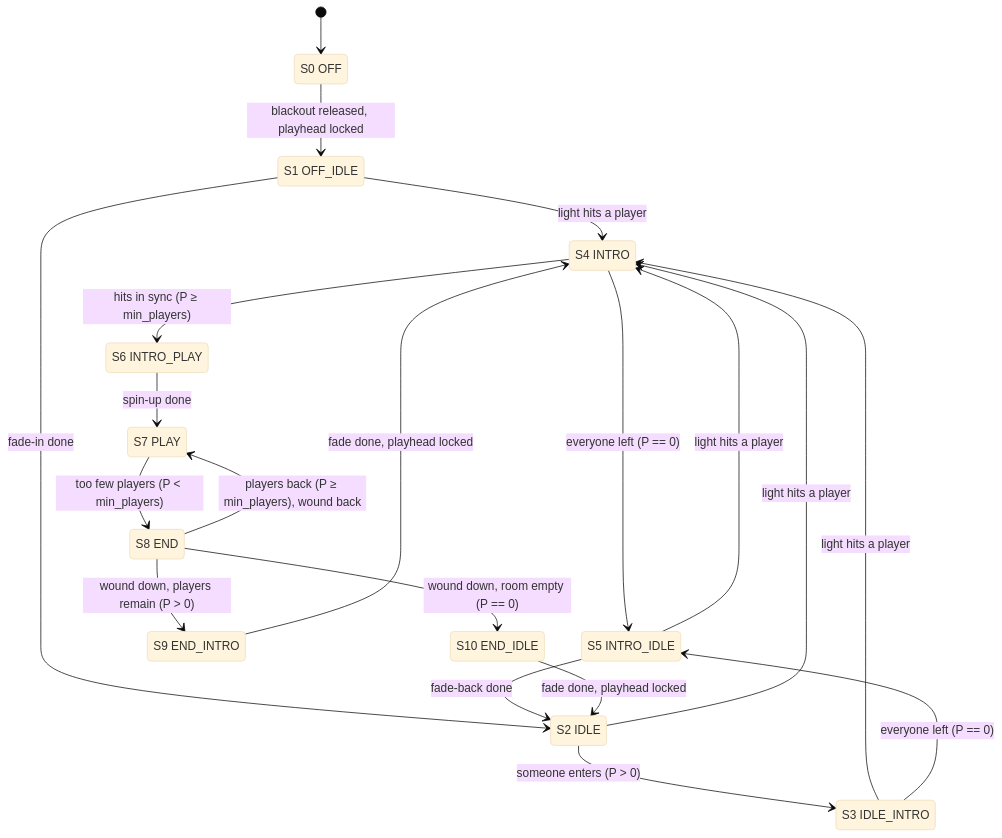
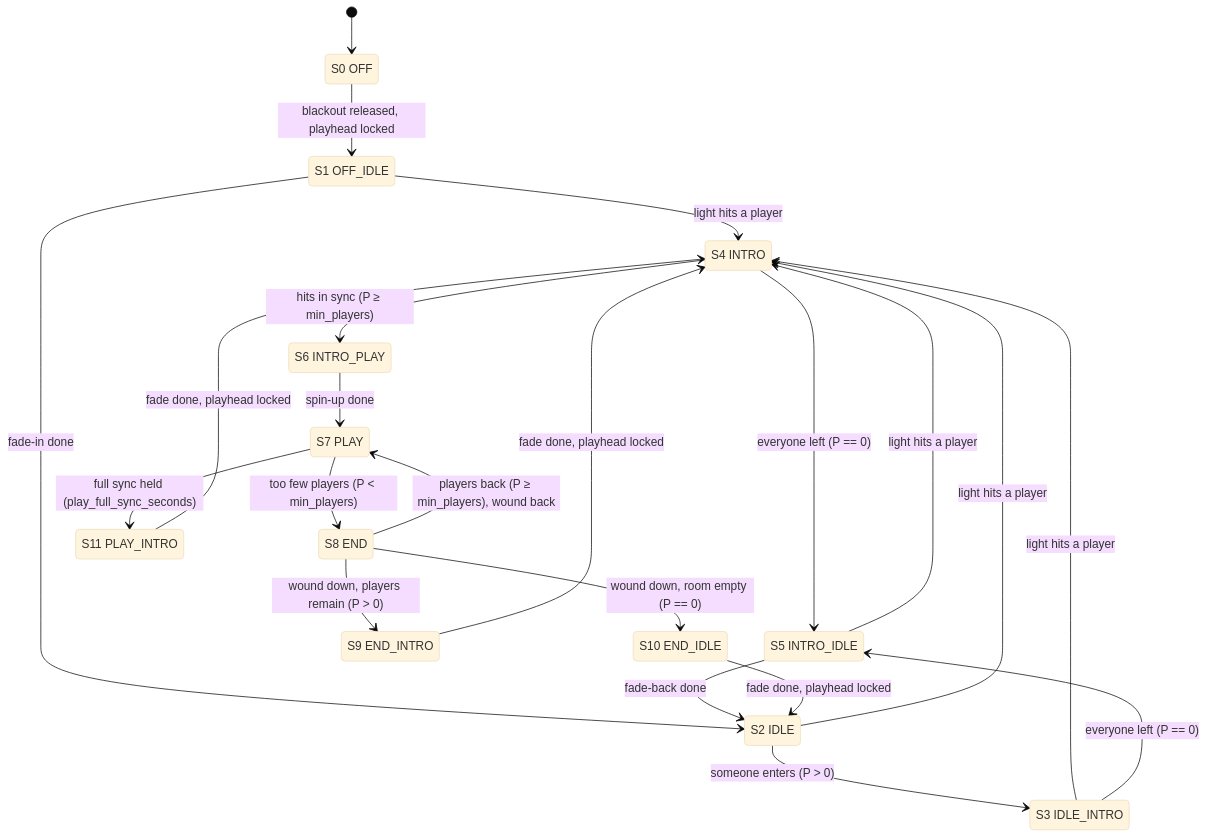
Before and after one commit to moostrik/Poser2: the diagram in apps/white_space/docs/STATES.md, drawn with Mermaid (base theme). The commit also changed other lines of this file and 19 other files, not shown here.

Commit message:
sync in play for x seconds -> intro

````diff
--- a/apps/white_space/docs/STATES.md
+++ b/apps/white_space/docs/STATES.md
@@ -67,46 +74,50 @@
 ```mermaid
 stateDiagram-v2
     %% box labels
     OFF        : S0 OFF
     OFF_IDLE   : S1 OFF_IDLE
     IDLE       : S2 IDLE
     IDLE_INTRO : S3 IDLE_INTRO
     INTRO      : S4 INTRO
     INTRO_IDLE : S5 INTRO_IDLE
     INTRO_PLAY : S6 INTRO_PLAY
     PLAY       : S7 PLAY
     END        : S8 END
     END_INTRO  : S9 END_INTRO
     END_IDLE   : S10 END_IDLE
+    PLAY_INTRO : S11 PLAY_INTRO
 
     %% transitions, grouped by source state
     [*]        --> OFF
 
     OFF        --> OFF_IDLE   : blackout released, playhead locked
 
     OFF_IDLE   --> INTRO      : light hits a player
     OFF_IDLE   --> IDLE       : fade-in done
 
     IDLE       --> INTRO      : light hits a player
     IDLE       --> IDLE_INTRO : someone enters (P > 0)
 
     IDLE_INTRO --> INTRO      : light hits a player
     IDLE_INTRO --> INTRO_IDLE : everyone left (P == 0)
 
     INTRO      --> INTRO_IDLE : everyone left (P == 0)
     INTRO      --> INTRO_PLAY : hits in sync (P ≥ min_players)
 
     INTRO_IDLE --> INTRO      : light hits a player
     INTRO_IDLE --> IDLE       : fade-back done
 
     INTRO_PLAY --> PLAY       : spin-up done
 
     PLAY       --> END        : too few players (P < min_players)
+    PLAY       --> PLAY_INTRO : full sync held (play_full_sync_seconds)
 
     END        --> PLAY       : players back (P ≥ min_players), wound back
     END        --> END_INTRO  : wound down, players remain (P > 0)
     END        --> END_IDLE   : wound down, room empty (P == 0)
 
     END_INTRO  --> INTRO      : fade done, playhead locked
     END_IDLE   --> IDLE       : fade done, playhead locked
+
+    PLAY_INTRO --> INTRO      : fade done, playhead locked
 ```
````
